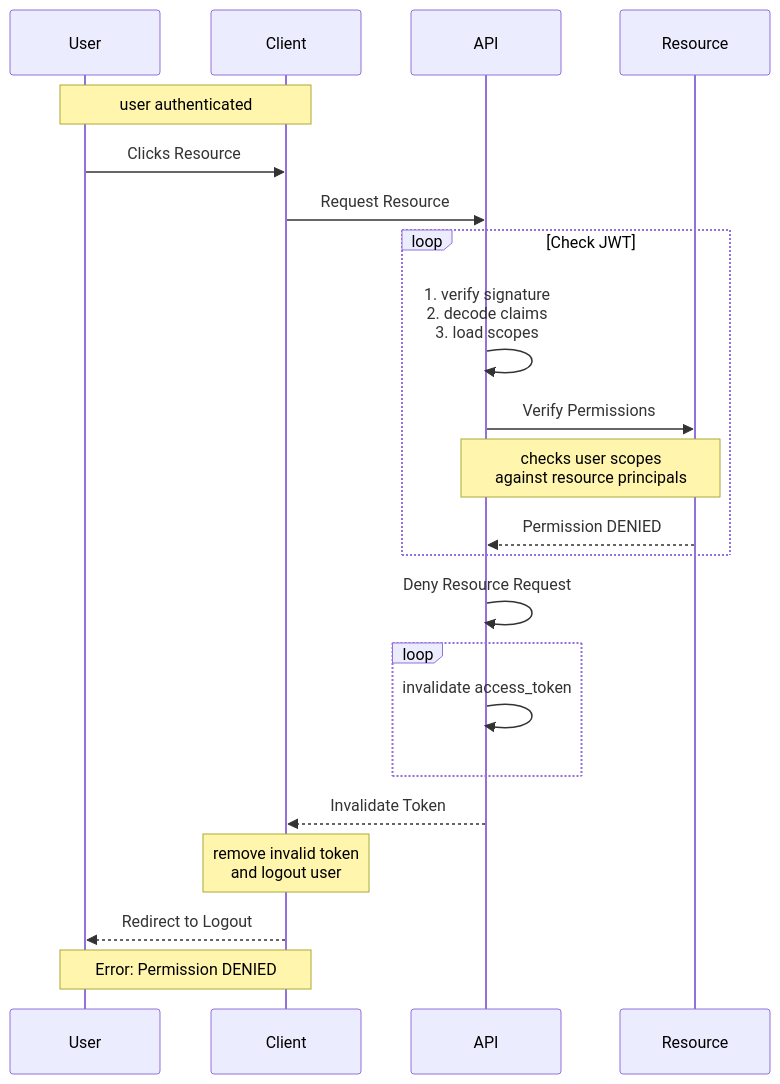
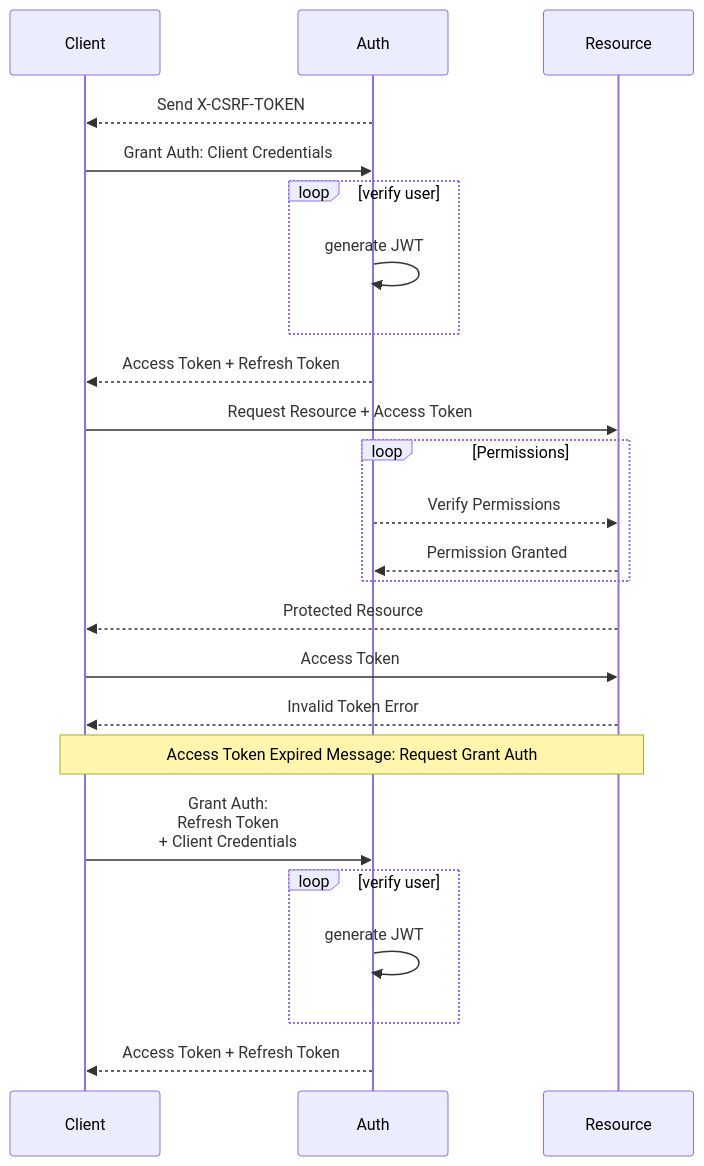
Before and after one commit to joeygrable94/GCAPI-Backend: the diagram in SECURITY.md, drawn with Mermaid. The commit also changed other lines of this file and 1 other file, not shown here.

````diff
--- a/SECURITY.md
+++ b/SECURITY.md
@@ -174,22 +62,26 @@
 ```mermaid
 sequenceDiagram
-    participant User
     participant Client
-    Note over User,Client: user authenticated
-    User->>Client: Clicks Resource
-    Client->>API: Request Resource
-    loop Check JWT
-        API->>API: 1. verify signature <br/>2. decode claims<br/>3. load scopes
-        API->>Resource: Verify Permissions
-        Note over API,Resource: checks user scopes<br/>against resource principals
-        Resource-->>API: Permission DENIED
+    participant Auth
+    participant Resource
+    Auth-->>Client: Send X-CSRF-TOKEN
+    Client->>Auth: Grant Auth: Client Credentials
+    loop verify user
+        Auth->>Auth: generate JWT
     end
-    API->>API: Deny Resource Request
-    loop
-        API->>API: invalidate access_token
+    Auth-->>Client: Access Token + Refresh Token
+    Client->>Resource: Request Resource + Access Token
+    loop Permissions
+        Auth-->>Resource: Verify Permissions
+        Resource-->>Auth: Permission Granted
     end
-    API-->>Client: Invalidate Token
-    Note over Client: remove invalid token<br/>and logout user
-    Client-->>User: Redirect to Logout
-    Note over User,Client: Error: Permission DENIED
+    Resource-->>Client: Protected Resource
+    Client->>Resource: Access Token
+    Resource-->>Client: Invalid Token Error
+    Note over Client,Resource: Access Token Expired Message: Request Grant Auth
+    Client->>Auth: Grant Auth:<br/>Refresh Token<br/>+ Client Credentials
+    loop verify user
+        Auth->>Auth: generate JWT
+    end
+    Auth-->>Client: Access Token + Refresh Token
 ```
````
